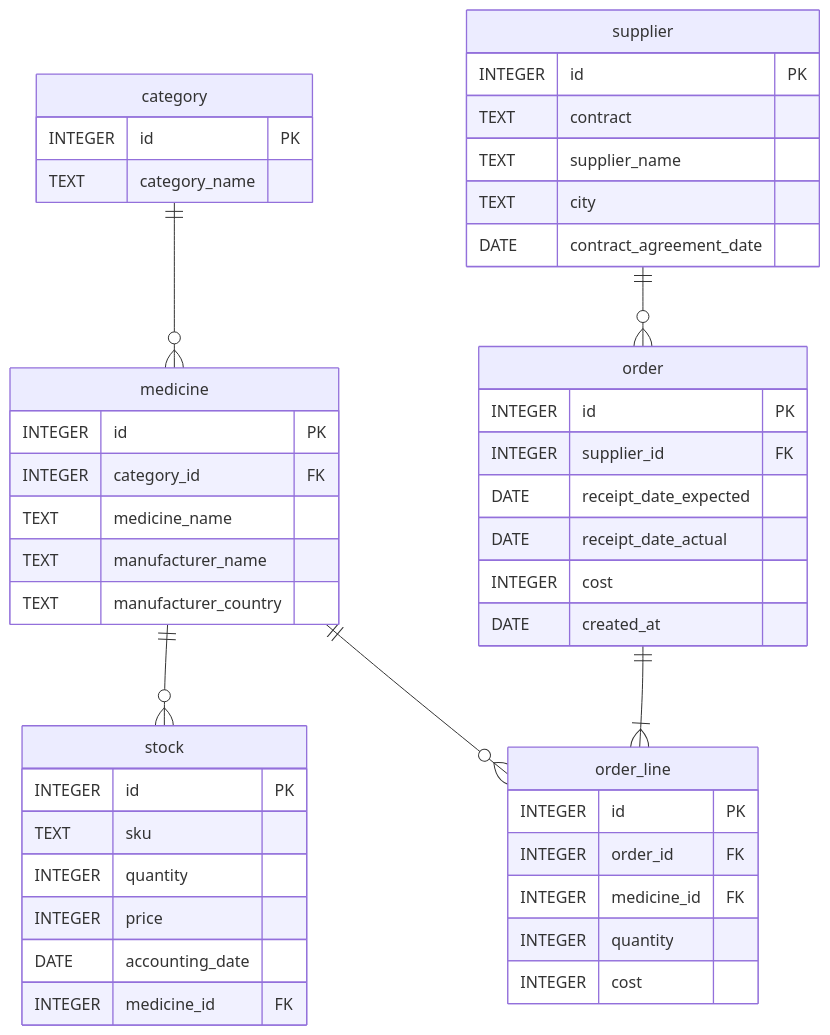
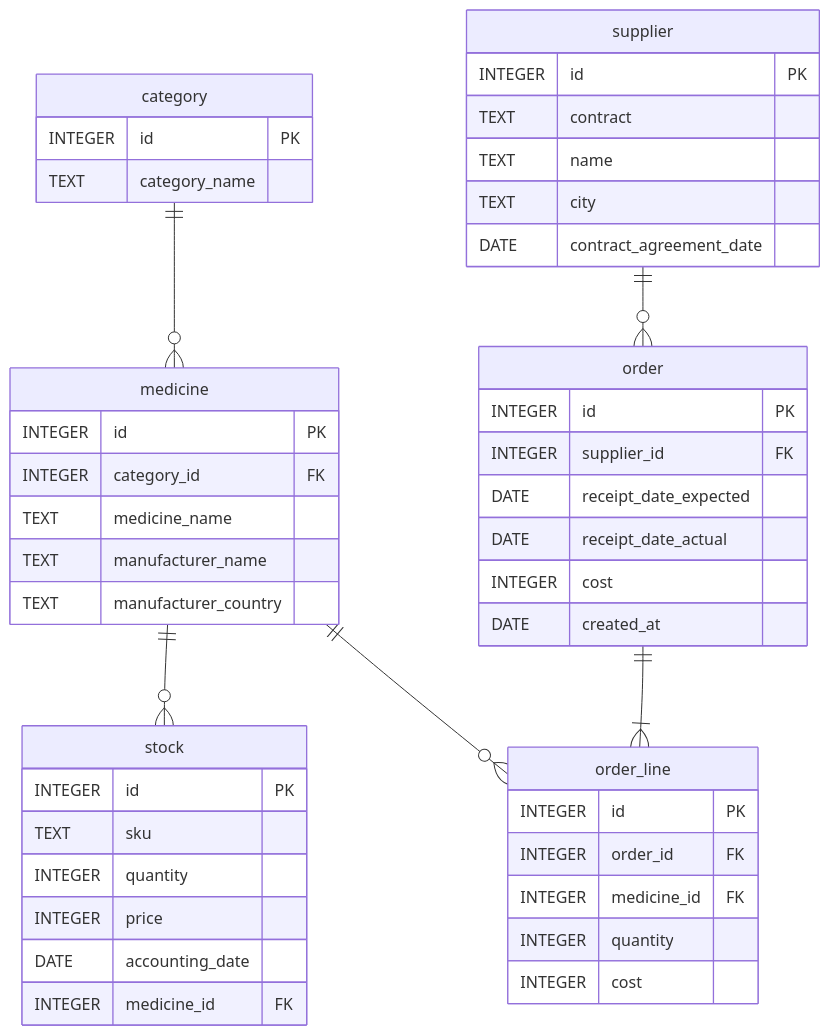
Before and after one commit to KEI3AB/database_university_course: the diagram in seminar/normalized/relations.md, drawn with Mermaid. The commit also changed 1 other file, not shown here.

Commit message:
Внес правки.

````diff
--- a/seminar/normalized/relations.md
+++ b/seminar/normalized/relations.md
@@ -1,58 +1,58 @@
 ```mermaid
 erDiagram
     category {
         INTEGER id PK
         TEXT category_name
     }
 
     medicine {
         INTEGER id PK
         INTEGER category_id FK
         TEXT medicine_name
         TEXT manufacturer_name
         TEXT manufacturer_country
     }
 
     supplier {
         INTEGER id PK
         TEXT contract
-        TEXT supplier_name
+        TEXT name
         TEXT city
         DATE contract_agreement_date
     }
 
     order {
         INTEGER id PK
         INTEGER supplier_id FK
         DATE receipt_date_expected
         DATE receipt_date_actual
         INTEGER cost
         DATE created_at
     }
 
     order_line {
         INTEGER id PK
         INTEGER order_id FK
         INTEGER medicine_id FK
         INTEGER quantity
         INTEGER cost
     }
 
     stock {
         INTEGER id PK
         TEXT sku
         INTEGER quantity
         INTEGER price
         DATE accounting_date
         INTEGER medicine_id FK
     }
 
     category ||--o{ medicine: ""
 
     medicine ||--o{ stock: ""
     medicine ||--o{ order_line: ""
 
     supplier ||--o{ order: ""
 
     order ||--|{ order_line: ""
 ```
````
